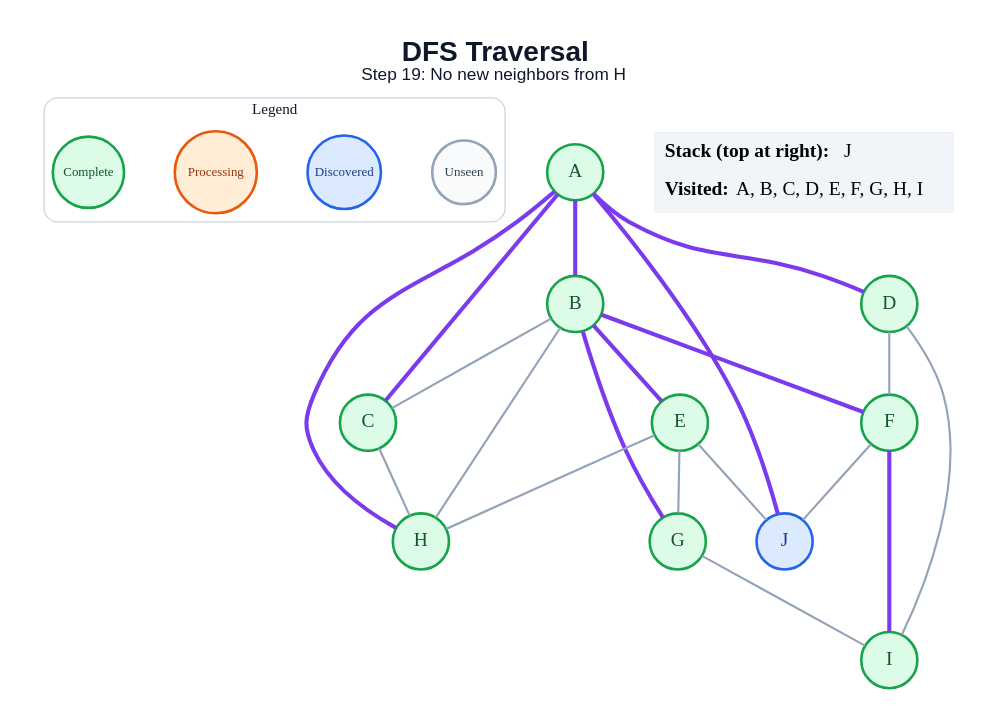
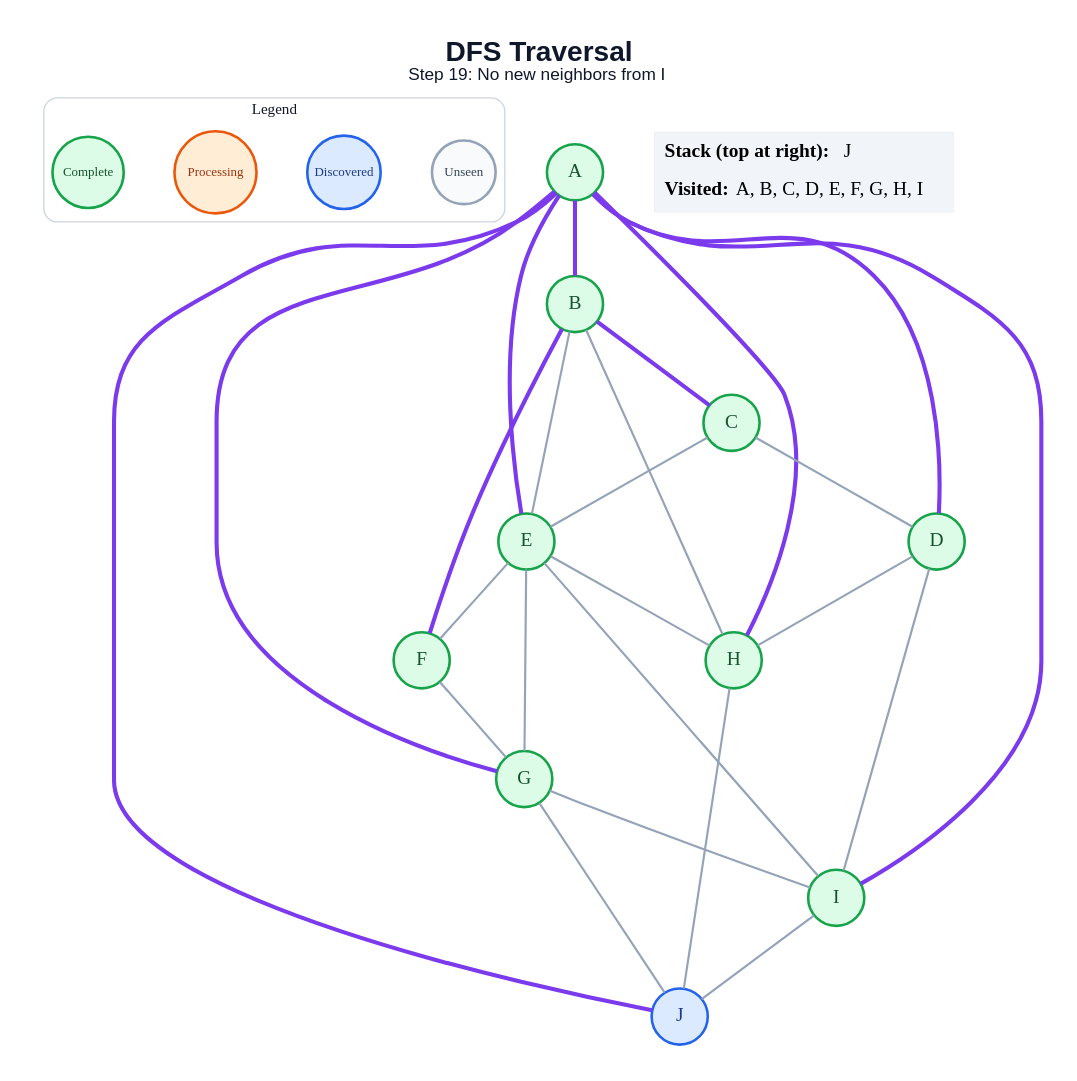
Before and after one commit to anon7238593-create/ai-slop: the diagram in generated/dfs/step_19.dot, drawn with Graphviz. The commit also changed 171 other files, not shown here.

```diff
--- a/generated/dfs/step_19.dot
+++ b/generated/dfs/step_19.dot
@@ -1,48 +1,53 @@
 graph traversal {
   graph [layout=dot, rankdir=TB, bgcolor="#FFFFFF", pad="0.35", nodesep="0.65", ranksep="0.8", fontname="Arial"];
   node [shape=circle, style="filled", fontname="Arial Bold", fontsize=18, width=0.72, fixedsize=true, penwidth=2.4];
   edge [color="#94A3B8", penwidth=2.0];
-  label=<<B>DFS Traversal</B><BR/><FONT POINT-SIZE="16">Step 19: No new neighbors from H</FONT>>; labelloc="t"; fontsize=26; fontname="Arial"; fontcolor="#0F172A";
+  label=<<B>DFS Traversal</B><BR/><FONT POINT-SIZE="16">Step 19: No new neighbors from I</FONT>>; labelloc="t"; fontsize=26; fontname="Arial"; fontcolor="#0F172A";
   subgraph cluster_legend { label="Legend"; color="#CBD5E1"; penwidth=1.2; style="rounded"; fontsize=14; fontname="Arial Bold";
     key_unseen [label="Unseen", fillcolor="#F8FAFC", color="#94A3B8", fontcolor="#334155", fontsize=12, width=0.82];
     key_frontier [label="Discovered", fillcolor="#DBEAFE", color="#2563EB", fontcolor="#1E3A8A", fontsize=12, width=0.95];
     key_current [label="Processing", fillcolor="#FFEDD5", color="#EA580C", fontcolor="#9A3412", fontsize=12, width=1.05];
     key_done [label="Complete", fillcolor="#DCFCE7", color="#16A34A", fontcolor="#14532D", fontsize=12, width=0.92];
     { rank=same; key_unseen; key_frontier; key_current; key_done; }
   }
   A [fillcolor="#DCFCE7", color="#16A34A", fontcolor="#14532D"];
   B [fillcolor="#DCFCE7", color="#16A34A", fontcolor="#14532D"];
   C [fillcolor="#DCFCE7", color="#16A34A", fontcolor="#14532D"];
   D [fillcolor="#DCFCE7", color="#16A34A", fontcolor="#14532D"];
   E [fillcolor="#DCFCE7", color="#16A34A", fontcolor="#14532D"];
   F [fillcolor="#DCFCE7", color="#16A34A", fontcolor="#14532D"];
   G [fillcolor="#DCFCE7", color="#16A34A", fontcolor="#14532D"];
   H [fillcolor="#DCFCE7", color="#16A34A", fontcolor="#14532D"];
   I [fillcolor="#DCFCE7", color="#16A34A", fontcolor="#14532D"];
   J [fillcolor="#DBEAFE", color="#2563EB", fontcolor="#1E3A8A"];
   A -- B [color="#7C3AED", penwidth=3.8];
-  A -- C [color="#7C3AED", penwidth=3.8];
   A -- D [color="#7C3AED", penwidth=3.8];
+  A -- E [color="#7C3AED", penwidth=3.8];
+  A -- G [color="#7C3AED", penwidth=3.8];
   A -- H [color="#7C3AED", penwidth=3.8];
+  A -- I [color="#7C3AED", penwidth=3.8];
   A -- J [color="#7C3AED", penwidth=3.8];
-  B -- C;
-  B -- E [color="#7C3AED", penwidth=3.8];
+  B -- C [color="#7C3AED", penwidth=3.8];
+  B -- E;
   B -- F [color="#7C3AED", penwidth=3.8];
-  B -- G [color="#7C3AED", penwidth=3.8];
   B -- H;
-  C -- H;
-  D -- F;
+  C -- D;
+  C -- E;
+  D -- H;
   D -- I;
+  E -- F;
   E -- G;
   E -- H;
-  E -- J;
-  F -- I [color="#7C3AED", penwidth=3.8];
-  F -- J;
+  E -- I;
+  F -- G;
   G -- I;
+  G -- J;
+  H -- J;
+  I -- J;
   status [shape=plain, fixedsize=false, width=0, height=0, margin=0, label=<
     <TABLE BORDER="0" CELLBORDER="0" CELLPADDING="7" BGCOLOR="#F1F5F9">
       <TR><TD ALIGN="LEFT"><B>Stack (top at right):</B> J</TD></TR>
       <TR><TD ALIGN="LEFT"><B>Visited:</B> A, B, C, D, E, F, G, H, I</TD></TR>
     </TABLE>
   >];
 }
```
